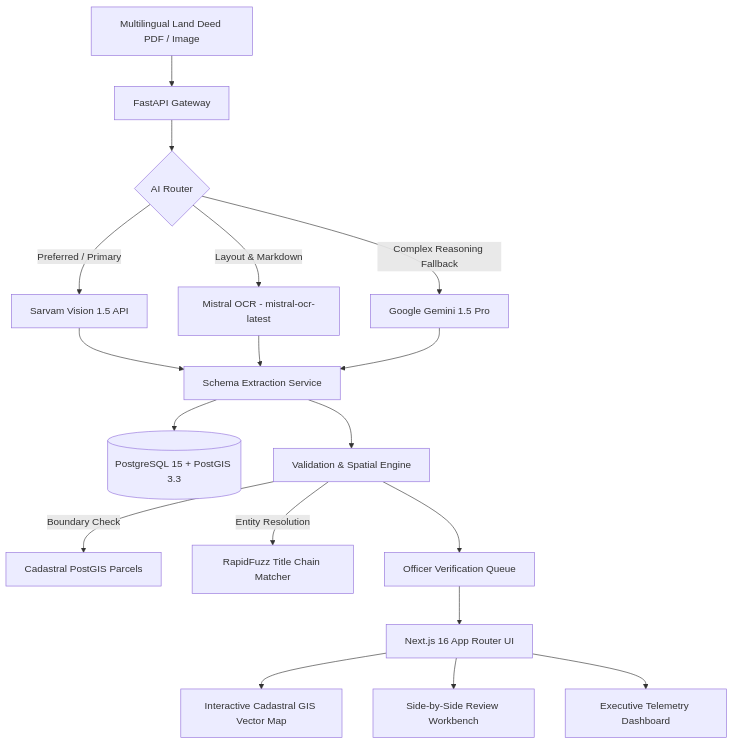
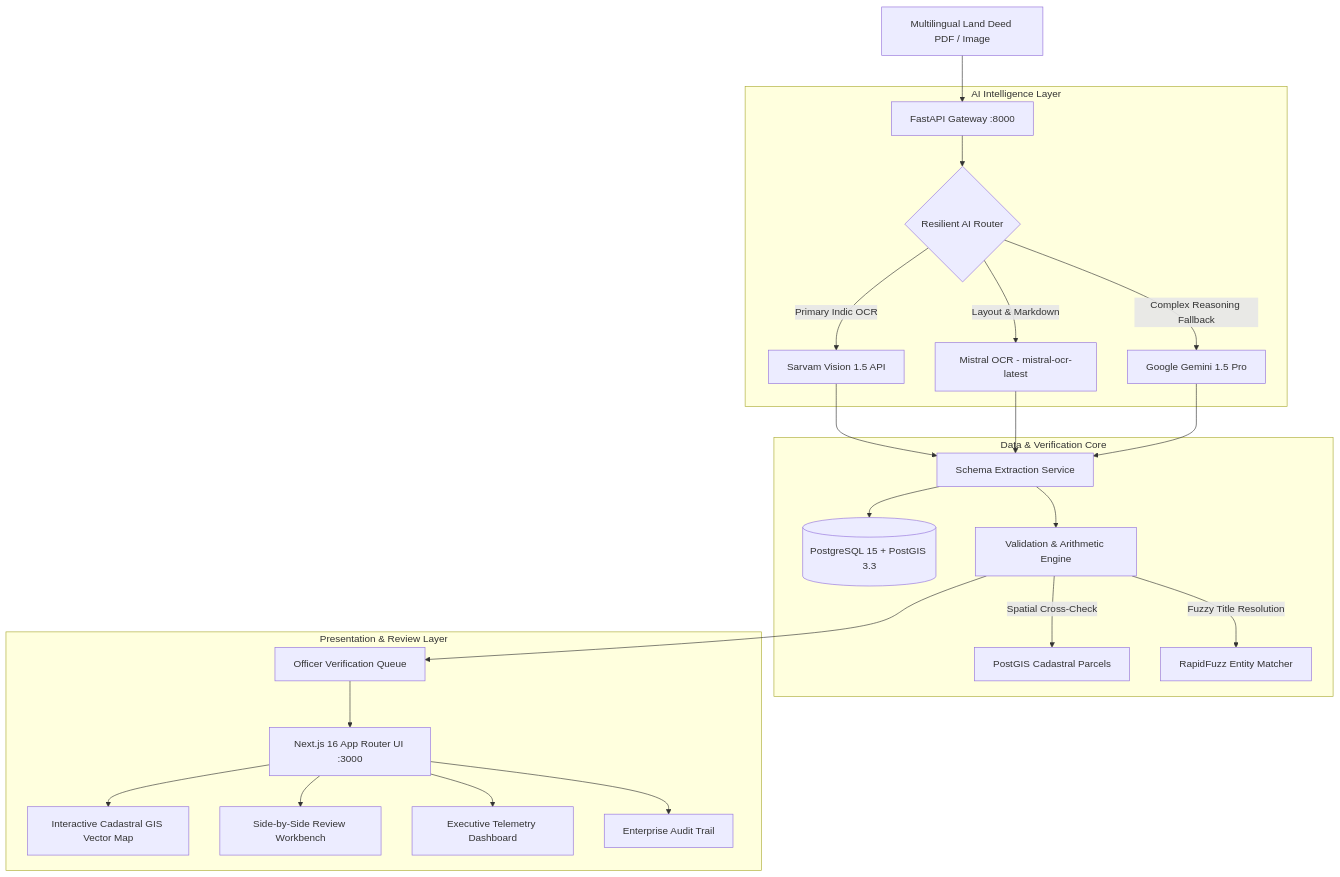
Before and after one commit to Rakshi2609/indiii: the diagram in README.md, drawn with Mermaid. The commit also changed other lines of this file, not shown here.

Commit message:
docs: elevate root README with comprehensive domain context, architecture, quickstart, and API matrix

````diff
--- a/README.md
+++ b/README.md
@@ -41,20 +69,30 @@
 ```mermaid
 graph TD
-    A[Multilingual Land Deed PDF / Image] --> B[FastAPI Gateway]
-    B --> C{AI Router}
-    C -->|Preferred / Primary| D[Sarvam Vision 1.5 API]
-    C -->|Layout & Markdown| E[Mistral OCR - mistral-ocr-latest]
-    C -->|Complex Reasoning Fallback| F[Google Gemini 1.5 Pro]
-    D --> G[Schema Extraction Service]
-    E --> G
-    F --> G
-    G --> H[(PostgreSQL 15 + PostGIS 3.3)]
-    G --> I[Validation & Spatial Engine]
-    I -->|Boundary Check| J[Cadastral PostGIS Parcels]
-    I -->|Entity Resolution| K[RapidFuzz Title Chain Matcher]
-    I --> L[Officer Verification Queue]
-    L --> M[Next.js 16 App Router UI]
-    M --> N[Interactive Cadastral GIS Vector Map]
-    M --> O[Side-by-Side Review Workbench]
-    M --> P[Executive Telemetry Dashboard]
+    A[Multilingual Land Deed PDF / Image] --> B[FastAPI Gateway :8000]
+    
+    subgraph AI Intelligence Layer
+        B --> C{Resilient AI Router}
+        C -->|Primary Indic OCR| D[Sarvam Vision 1.5 API]
+        C -->|Layout & Markdown| E[Mistral OCR - mistral-ocr-latest]
+        C -->|Complex Reasoning Fallback| F[Google Gemini 1.5 Pro]
+    end
+    
+    subgraph Data & Verification Core
+        D --> G[Schema Extraction Service]
+        E --> G
+        F --> G
+        G --> H[(PostgreSQL 15 + PostGIS 3.3)]
+        G --> I[Validation & Arithmetic Engine]
+        I -->|Spatial Cross-Check| J[PostGIS Cadastral Parcels]
+        I -->|Fuzzy Title Resolution| K[RapidFuzz Entity Matcher]
+    end
+    
+    subgraph Presentation & Review Layer
+        I --> L[Officer Verification Queue]
+        L --> M[Next.js 16 App Router UI :3000]
+        M --> N[Interactive Cadastral GIS Vector Map]
+        M --> O[Side-by-Side Review Workbench]
+        M --> P[Executive Telemetry Dashboard]
+        M --> Q[Enterprise Audit Trail]
+    end
 ```
````
